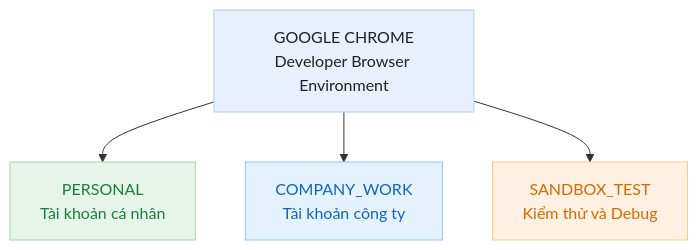
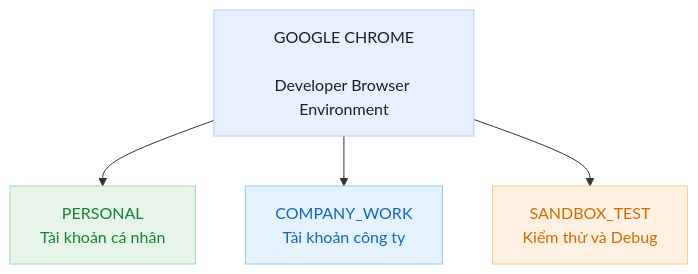
Before and after one commit to Duyanh2k8/HCM-KS26-CNTT1_NMCNTT_Session16_BTTH: the diagram in README.md, drawn with Mermaid. The commit also changed other lines of this file, not shown here.

````diff
--- a/README.md
+++ b/README.md
@@ -28,18 +28,19 @@
 ```mermaid
 flowchart TB
-    A["GOOGLE CHROME<br/>Developer Browser Environment"]
+    A["GOOGLE CHROME
+<br/>Developer Browser Environment"]
 
     A --> B["PERSONAL<br/>Tài khoản cá nhân"]
     A --> C["COMPANY_WORK<br/>Tài khoản công ty"]
     A --> D["SANDBOX_TEST<br/>Kiểm thử và Debug"]
 
     classDef main fill:#E8F0FE,stroke:#B6CCF5,color:#202124
     classDef personal fill:#E6F4EA,stroke:#A8D5B3,color:#188038
     classDef work fill:#E3F2FD,stroke:#90CAF9,color:#1565C0
     classDef sandbox fill:#FFF1E1,stroke:#FFCC80,color:#D56A00
 
     class A main
     class B personal
     class C work
     class D sandbox
 ```
````
